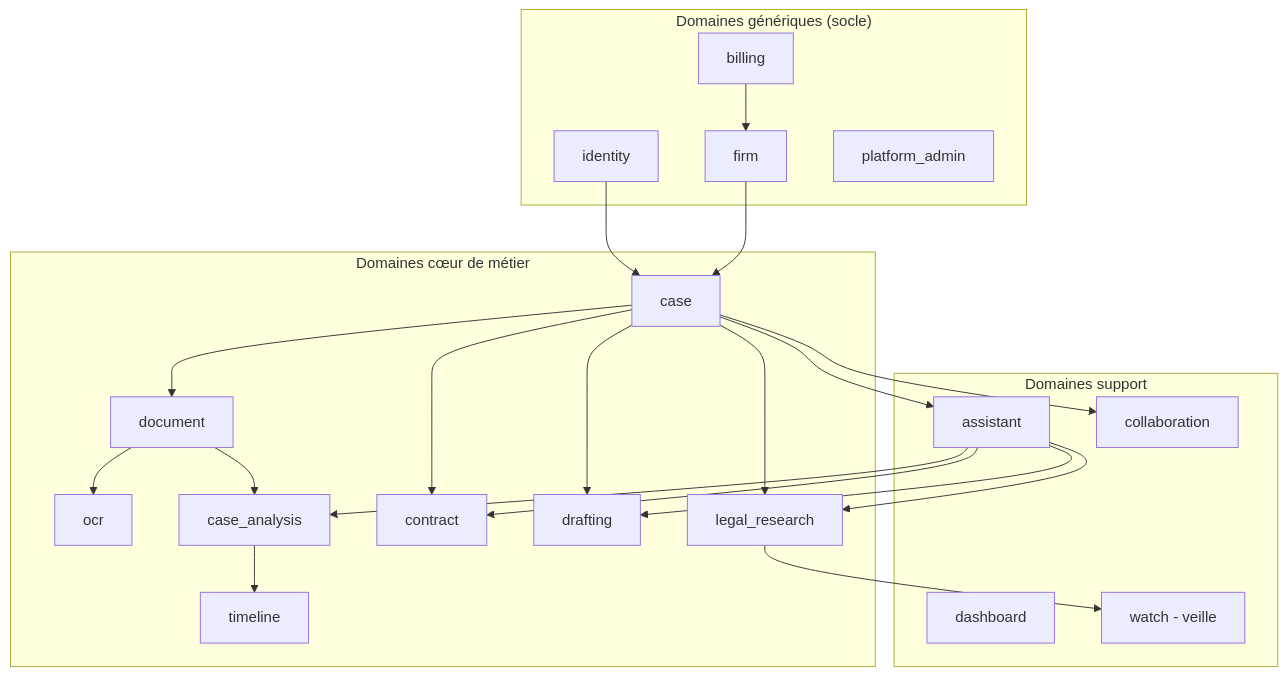
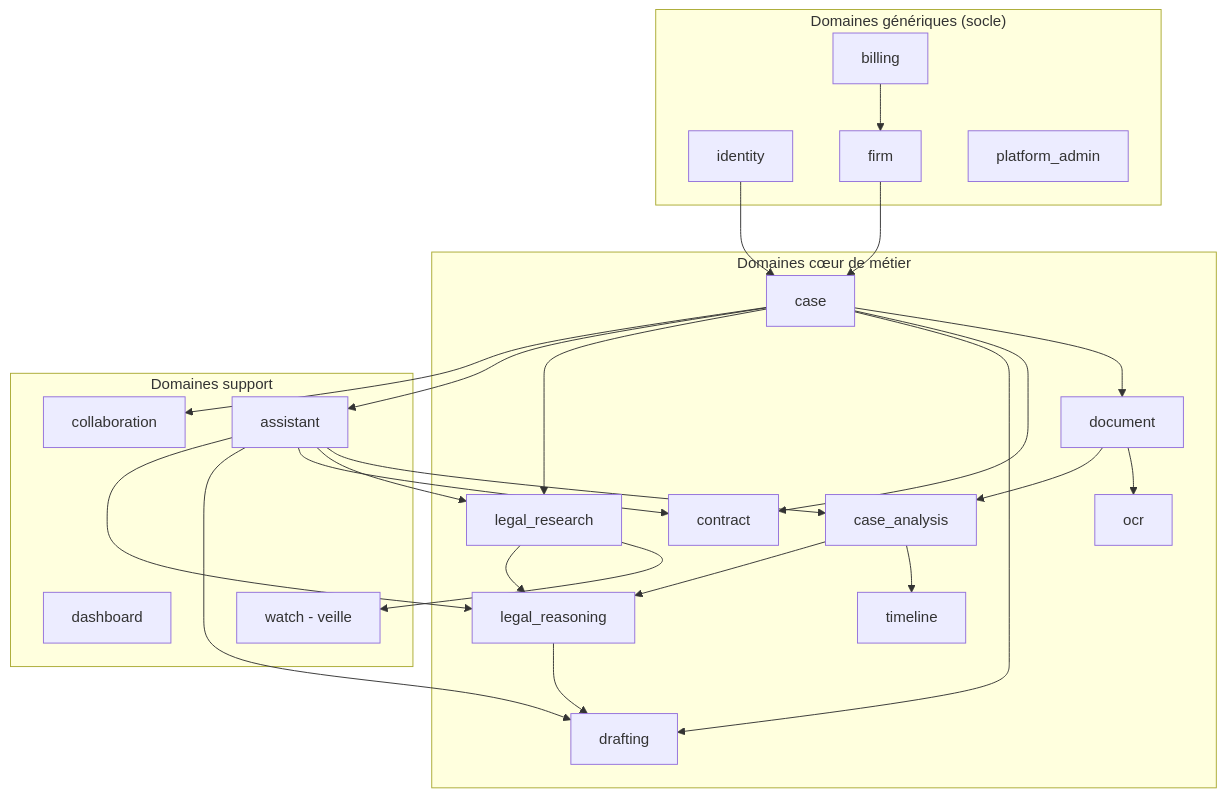
Before and after one commit to rdaubras/tmis: the diagram in docs/04-domain-driven-design.md, drawn with Mermaid. The commit also changed other lines of this file and 79 other files, not shown here.

````diff
--- a/docs/04-domain-driven-design.md
+++ b/docs/04-domain-driven-design.md
@@ -5,45 +5,50 @@
 ```mermaid
 flowchart TB
     subgraph Generic["Domaines génériques (socle)"]
         identity[identity]
         firm[firm]
         billing[billing]
         platform_admin[platform_admin]
     end
 
     subgraph Core["Domaines cœur de métier"]
         case[case]
         document[document]
         ocr[ocr]
         case_analysis[case_analysis]
         timeline[timeline]
         contract[contract]
         drafting[drafting]
         legal_research[legal_research]
+        legal_reasoning[legal_reasoning]
     end
 
     subgraph Supporting["Domaines support"]
         assistant[assistant]
         dashboard[dashboard]
         collaboration[collaboration]
         watch[watch - veille]
     end
 
     identity --> case
     firm --> case
     case --> document
     document --> ocr
     document --> case_analysis
     case_analysis --> timeline
     case --> contract
     case --> drafting
     case --> legal_research
     case --> assistant
     assistant --> case_analysis
     assistant --> legal_research
     assistant --> contract
     assistant --> drafting
     case --> collaboration
     legal_research --> watch
+    case_analysis --> legal_reasoning
+    legal_research --> legal_reasoning
+    legal_reasoning --> drafting
+    assistant --> legal_reasoning
     billing --> firm
 ```
````
